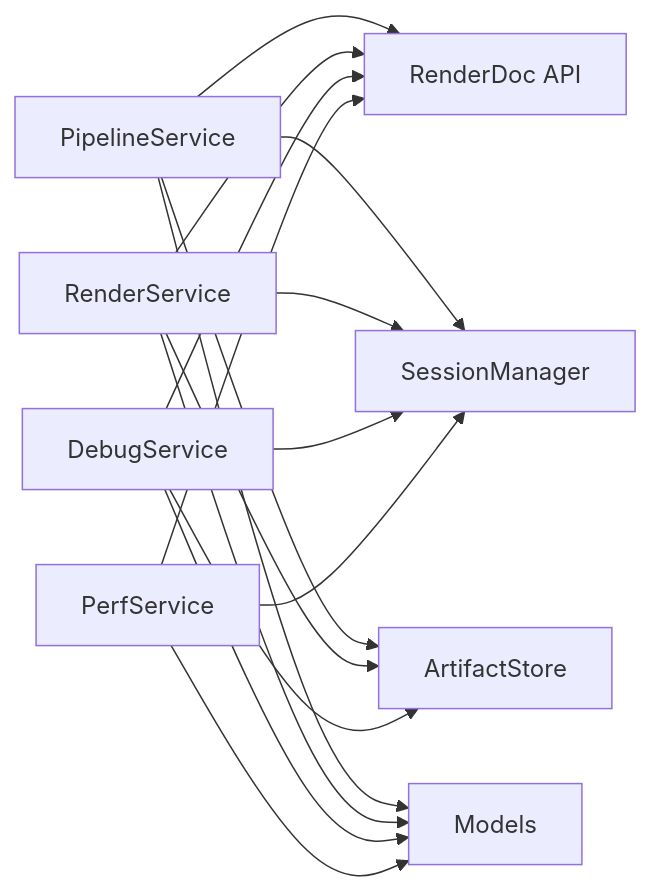
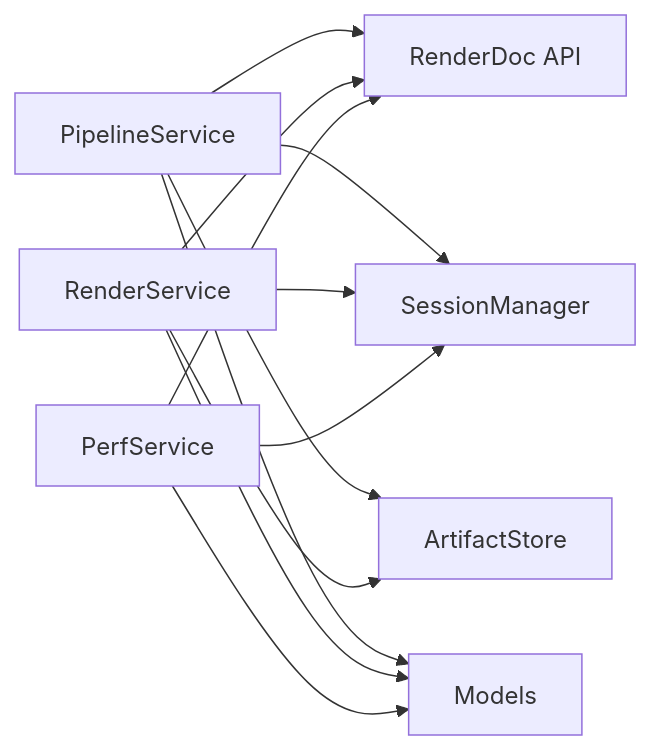
Before and after one commit to haolange/RDC-Tool: the sixth of 6 diagrams in .qoder/repowiki/zh/content/核心概念/管线状态/管线状态.md, drawn with Mermaid. The commit also changed other lines of this file and 79 other files, not shown here.

````diff
--- a/.qoder/repowiki/zh/content/核心概念/管线状态/管线状态.md
+++ b/.qoder/repowiki/zh/content/核心概念/管线状态/管线状态.md
@@ -350,18 +321,14 @@
 ```mermaid
 graph LR
 A["PipelineService"] --> B["RenderDoc API"]
 C["RenderService"] --> B
-D["DebugService"] --> B
 E["PerfService"] --> B
 A --> F["SessionManager"]
 C --> F
-D --> F
 E --> F
 A --> G["ArtifactStore"]
 C --> G
-D --> G
 A --> H["Models"]
 C --> H
-D --> H
 E --> H
 ```
````
